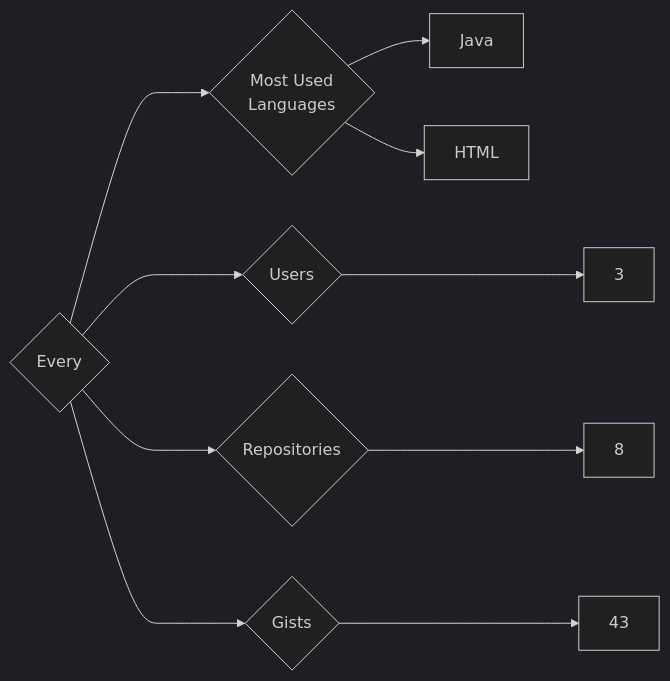
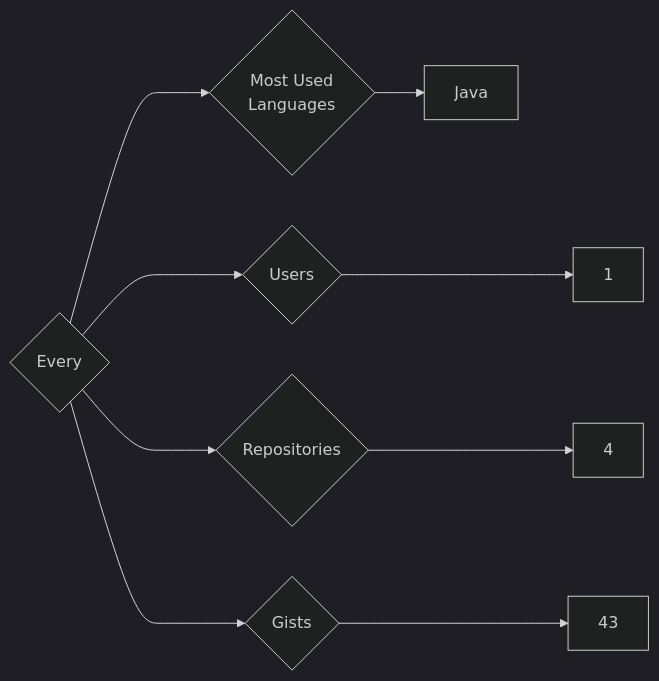
Before and after one commit to trickest/insiders: the diagram in targets/Every/README.md, drawn with Mermaid (dark theme). The commit also changed 633 other files, not shown here.

````diff
--- a/targets/Every/README.md
+++ b/targets/Every/README.md
@@ -3,10 +3,9 @@
 ```mermaid
 graph LR
 COMPANY_NAME{Every}
-COMPANY_NAME ---> U{Users} ---> UN[3]
-COMPANY_NAME ---> R{Repositories} ---> RN[8]
+COMPANY_NAME ---> U{Users} ---> UN[1]
+COMPANY_NAME ---> R{Repositories} ---> RN[4]
 COMPANY_NAME ---> G{Gists} ---> GN[43]
 COMPANY_NAME ---> ML{Most Used<br>Languages}
 ML --> Java[Java]
-ML --> HTML[HTML]
 ```
````
